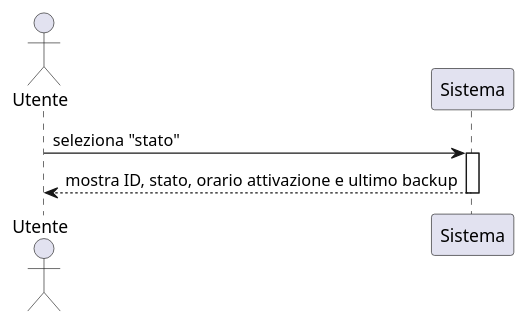
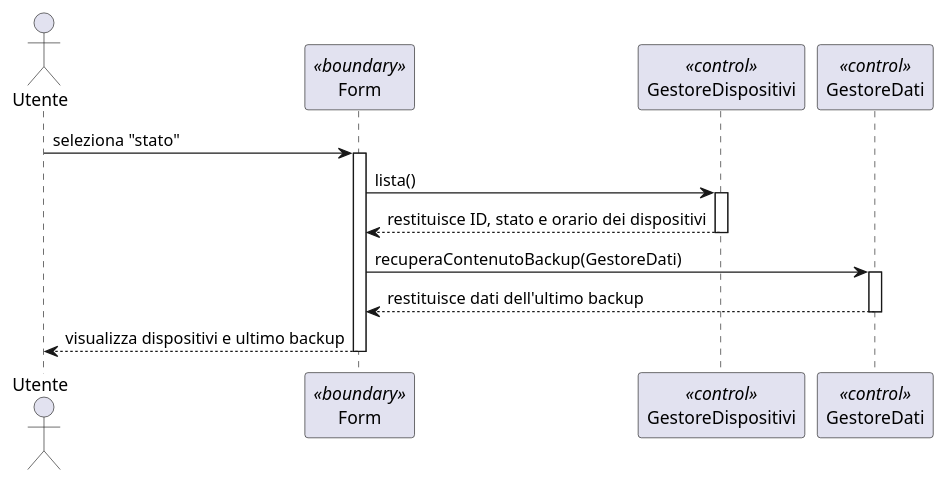
Before and after one commit to Mastronardidavide/Progetto_ing_del_software: the diagram in documenti vari/diagrammi di sequenza/Stato/VisualizzaStatoDispositivo.puml, drawn with PlantUML. The commit also changed 55 other files, not shown here.

Commit message:
Correzione diagrammi di sequenza

```diff
--- a/documenti vari/diagrammi di sequenza/Stato/VisualizzaStatoDispositivo.puml
+++ b/documenti vari/diagrammi di sequenza/Stato/VisualizzaStatoDispositivo.puml
@@ -1,10 +1,22 @@
 @startuml
 actor Utente
-participant Sistema
+participant Form <<boundary>>
+participant GestoreDispositivi <<control>>
+participant GestoreDati <<control>>
 
-Utente -> Sistema : seleziona "stato"
-activate Sistema
+Utente -> Form : seleziona "stato"
+activate Form
 
-Sistema --> Utente : mostra ID, stato, orario attivazione e ultimo backup
-deactivate Sistema
+Form -> GestoreDispositivi : lista()
+activate GestoreDispositivi
+GestoreDispositivi --> Form : restituisce ID, stato e orario dei dispositivi
+deactivate GestoreDispositivi
+
+Form -> GestoreDati : recuperaContenutoBackup(GestoreDati)
+activate GestoreDati
+GestoreDati --> Form : restituisce dati dell'ultimo backup
+deactivate GestoreDati
+
+Form --> Utente : visualizza dispositivi e ultimo backup
+deactivate Form
 @enduml
```
